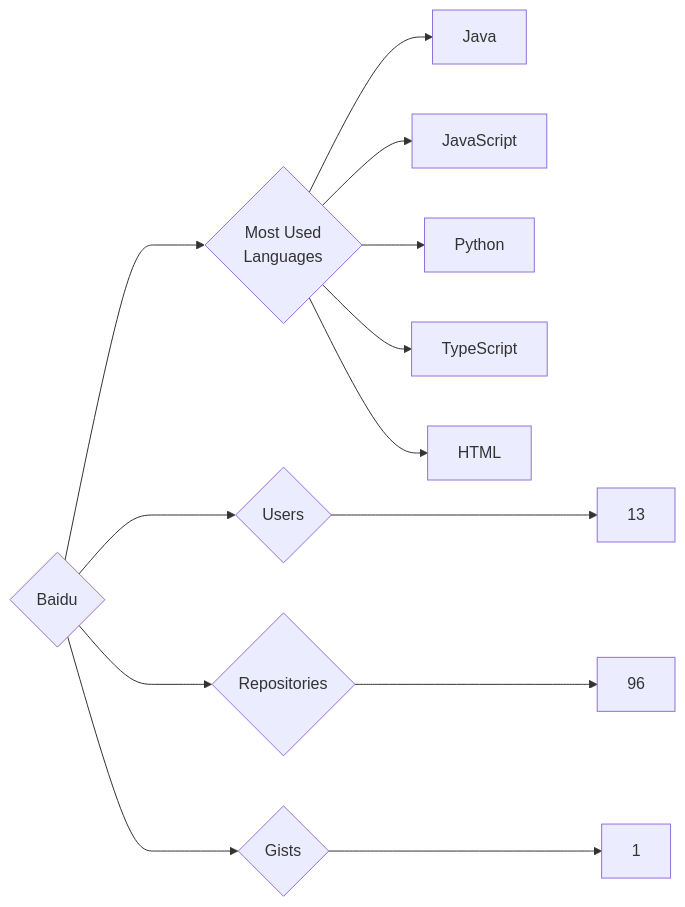
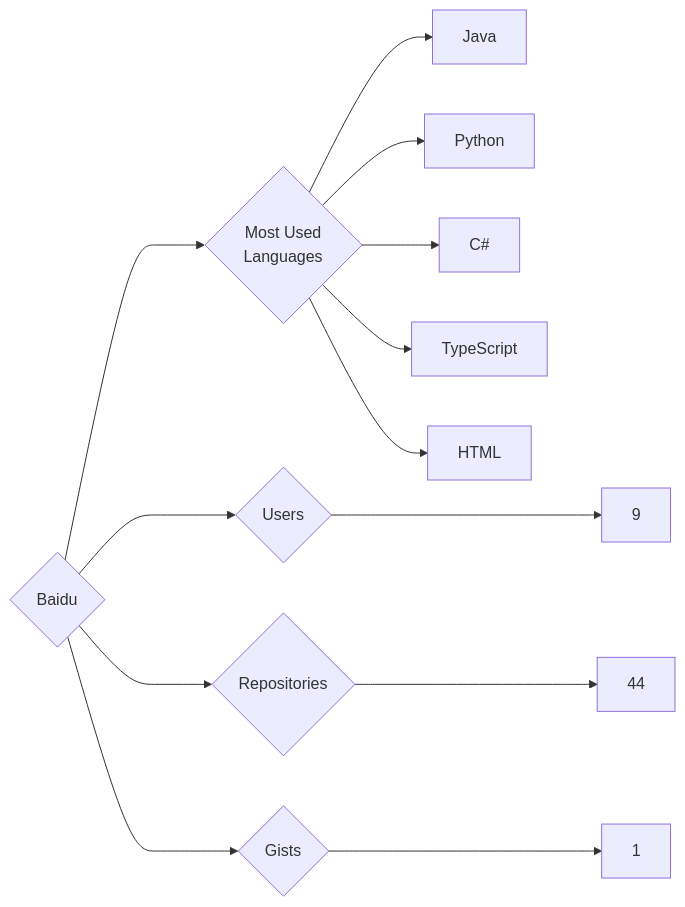
One commit to trickest/insiders changed the diagram in targets/Baidu/README.md. Above: the diagram before and after it, drawn with Mermaid. The commit also changed 993 other files, not shown here.

````diff
--- a/targets/Baidu/README.md
+++ b/targets/Baidu/README.md
@@ -3,13 +3,13 @@
 ```mermaid
 graph LR
 COMPANY_NAME{Baidu}
-COMPANY_NAME ---> U{Users} ---> UN[13]
-COMPANY_NAME ---> R{Repositories} ---> RN[96]
+COMPANY_NAME ---> U{Users} ---> UN[9]
+COMPANY_NAME ---> R{Repositories} ---> RN[44]
 COMPANY_NAME ---> G{Gists} ---> GN[1]
 COMPANY_NAME ---> ML{Most Used<br>Languages}
 ML --> Java[Java]
-ML --> JavaScript[JavaScript]
 ML --> Python[Python]
+ML --> C#[C#]
 ML --> TypeScript[TypeScript]
 ML --> HTML[HTML]
 ```
````
